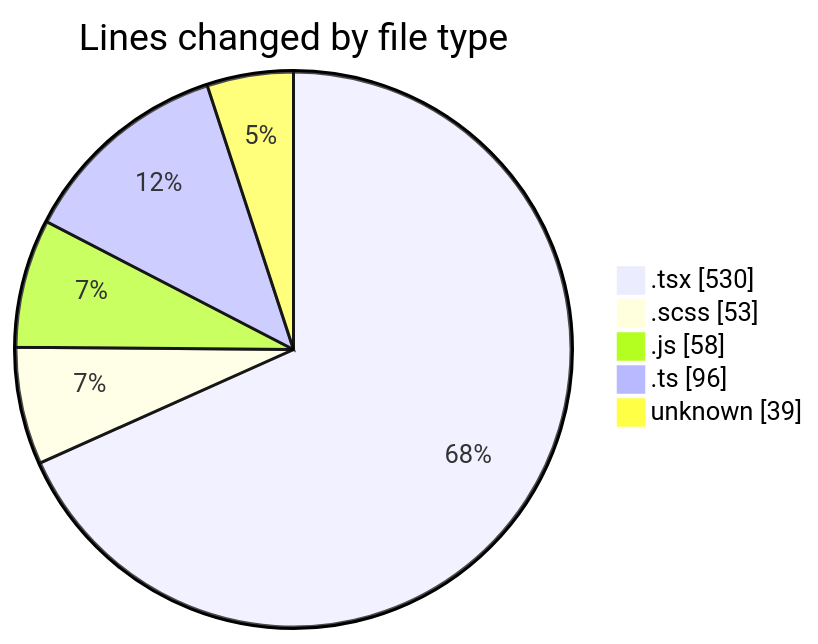
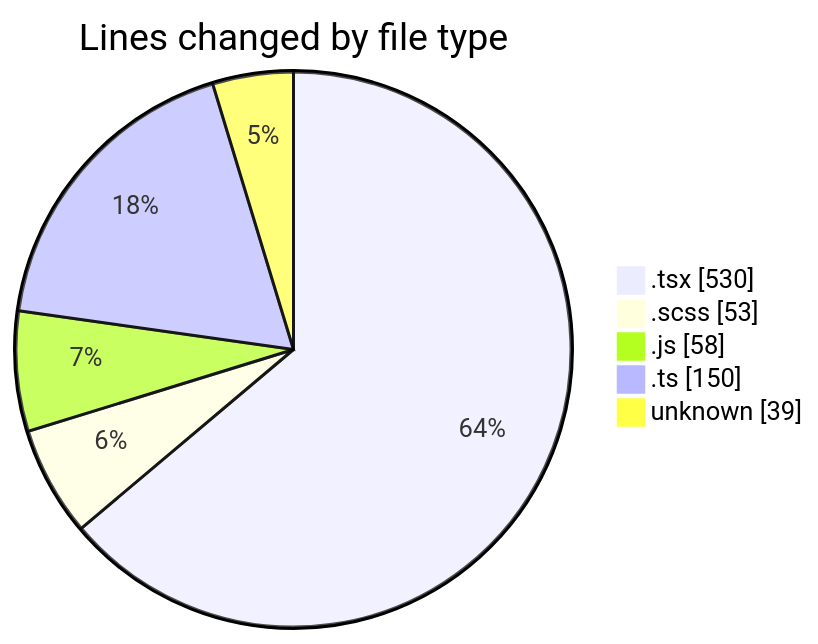
Before and after one commit to momahboobian/code-tracking: the first of 2 diagrams in 2025-05-02/cda/README.md, drawn with Mermaid. The commit also changed other lines of this file and 1 other file, not shown here.

````diff
--- a/2025-05-02/cda/README.md
+++ b/2025-05-02/cda/README.md
@@ -26,9 +26,9 @@
 ```mermaid
 pie showData
 title Lines changed by file type
 ".tsx" : 530
 ".scss" : 53
 ".js" : 58
-".ts" : 96
+".ts" : 150
 "unknown" : 39
 ```
````
